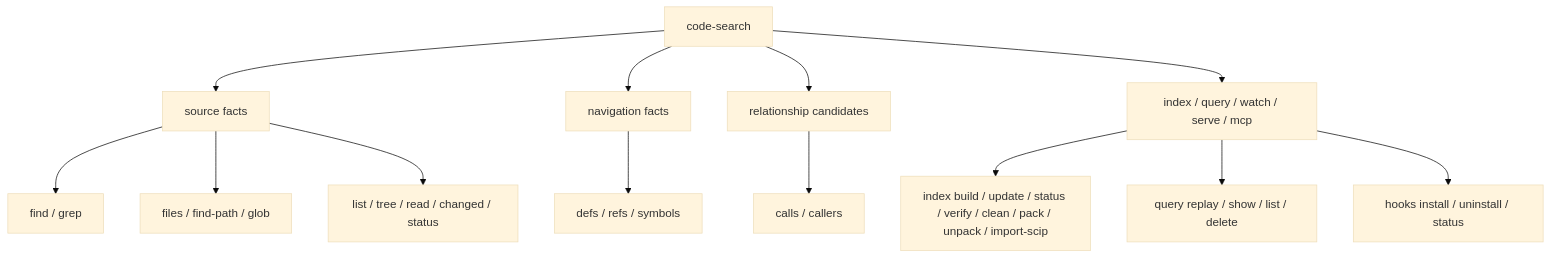
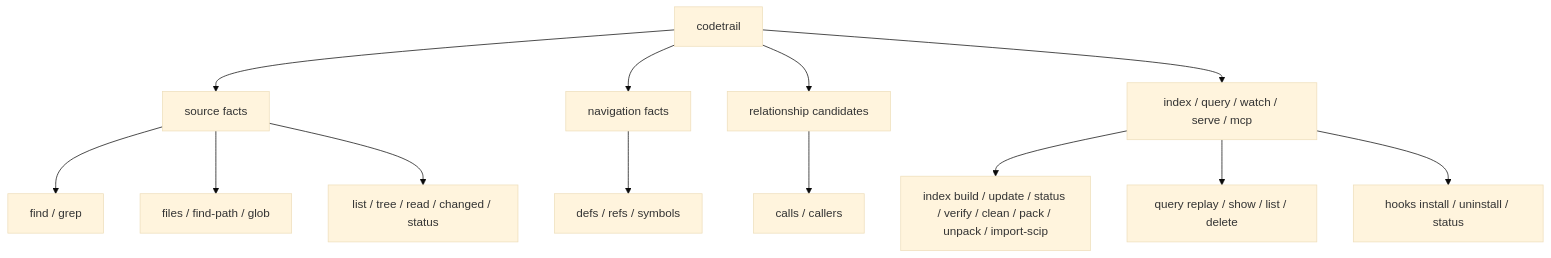
One commit to mars167/CodeTrail changed the first of 2 diagrams in docs/02-command-contract.md. Above: the diagram before and after it, drawn with Mermaid (base theme). The commit also changed other lines of this file and 36 other files, not shown here.

````diff
--- a/docs/02-command-contract.md
+++ b/docs/02-command-contract.md
@@ -7,16 +7,16 @@
 ```mermaid
 flowchart TB
-  CS["code-search"] --> L0["source facts"]
+  CS["codetrail"] --> L0["source facts"]
   CS --> L1["navigation facts"]
   CS --> L2["relationship candidates"]
   CS --> Ops["index / query / watch / serve / mcp"]
 
   L0 --> Search["find / grep"]
   L0 --> Paths["files / find-path / glob"]
   L0 --> Read["list / tree / read / changed / status"]
   L1 --> Nav["defs / refs / symbols"]
   L2 --> Calls["calls / callers"]
   Ops --> Index["index build / update / status / verify / clean / pack / unpack / import-scip"]
   Ops --> Query["query replay / show / list / delete"]
   Ops --> Hooks["hooks install / uninstall / status"]
 ```
````
